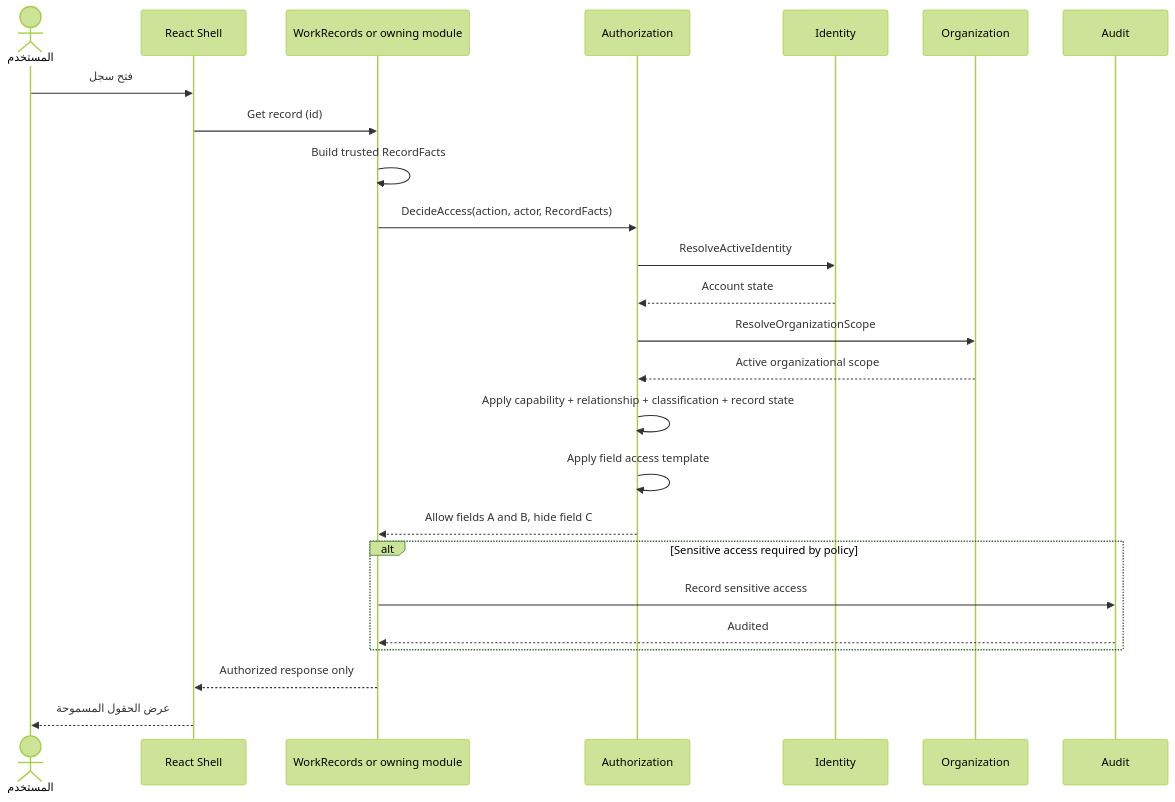
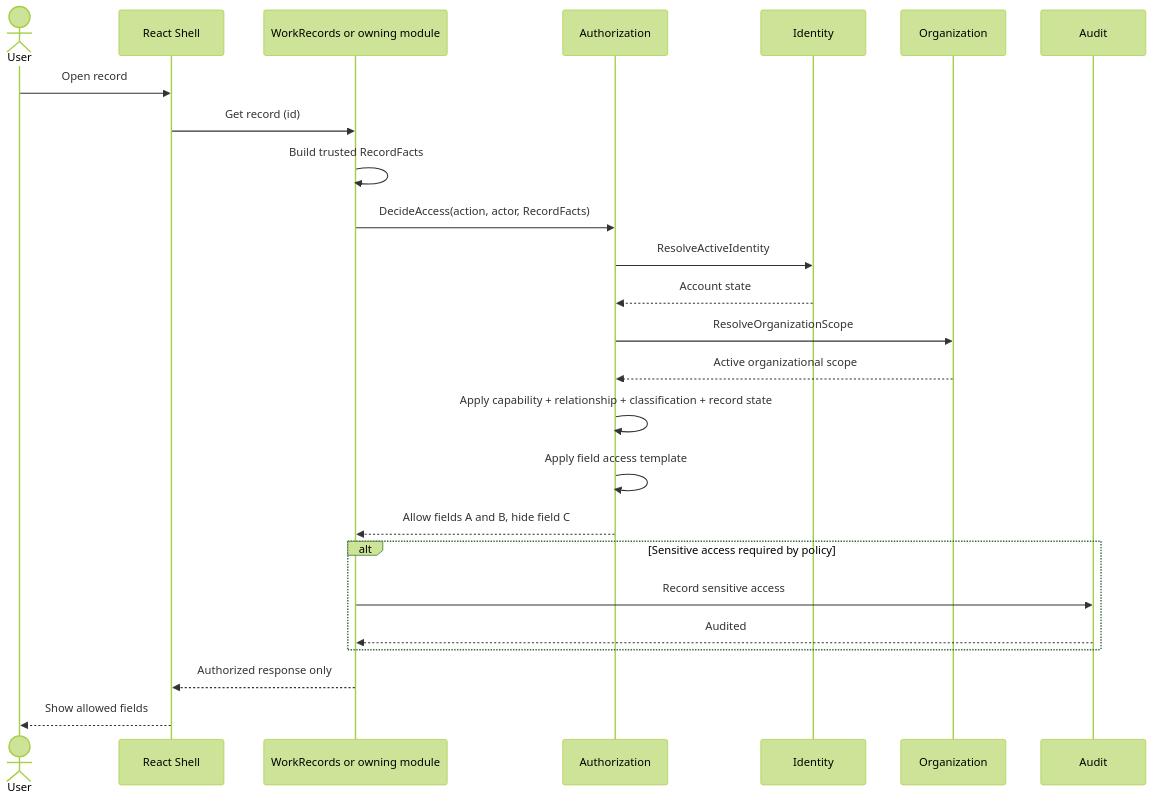
The diagram in docs/architecture/diagrams/authorization-sequence.mmd (tariiq222/cluster), drawn with Mermaid (forest theme) before and after one commit. The commit also changed 129 other files, not shown here.

```diff
--- a/docs/architecture/diagrams/authorization-sequence.mmd
+++ b/docs/architecture/diagrams/authorization-sequence.mmd
@@ -1,26 +1,26 @@
 sequenceDiagram
-    actor User as المستخدم
+    actor User as User
     participant UI as React Shell
     participant Module as WorkRecords or owning module
     participant Auth as Authorization
     participant Id as Identity
     participant Org as Organization
     participant Audit as Audit
 
-    User->>UI: فتح سجل
+    User->>UI: Open record
     UI->>Module: Get record (id)
     Module->>Module: Build trusted RecordFacts
     Module->>Auth: DecideAccess(action, actor, RecordFacts)
     Auth->>Id: ResolveActiveIdentity
     Id-->>Auth: Account state
     Auth->>Org: ResolveOrganizationScope
     Org-->>Auth: Active organizational scope
     Auth->>Auth: Apply capability + relationship + classification + record state
     Auth->>Auth: Apply field access template
     Auth-->>Module: Allow fields A and B, hide field C
     alt Sensitive access required by policy
         Module->>Audit: Record sensitive access
         Audit-->>Module: Audited
     end
     Module-->>UI: Authorized response only
-    UI-->>User: عرض الحقول المسموحة
+    UI-->>User: Show allowed fields
```
